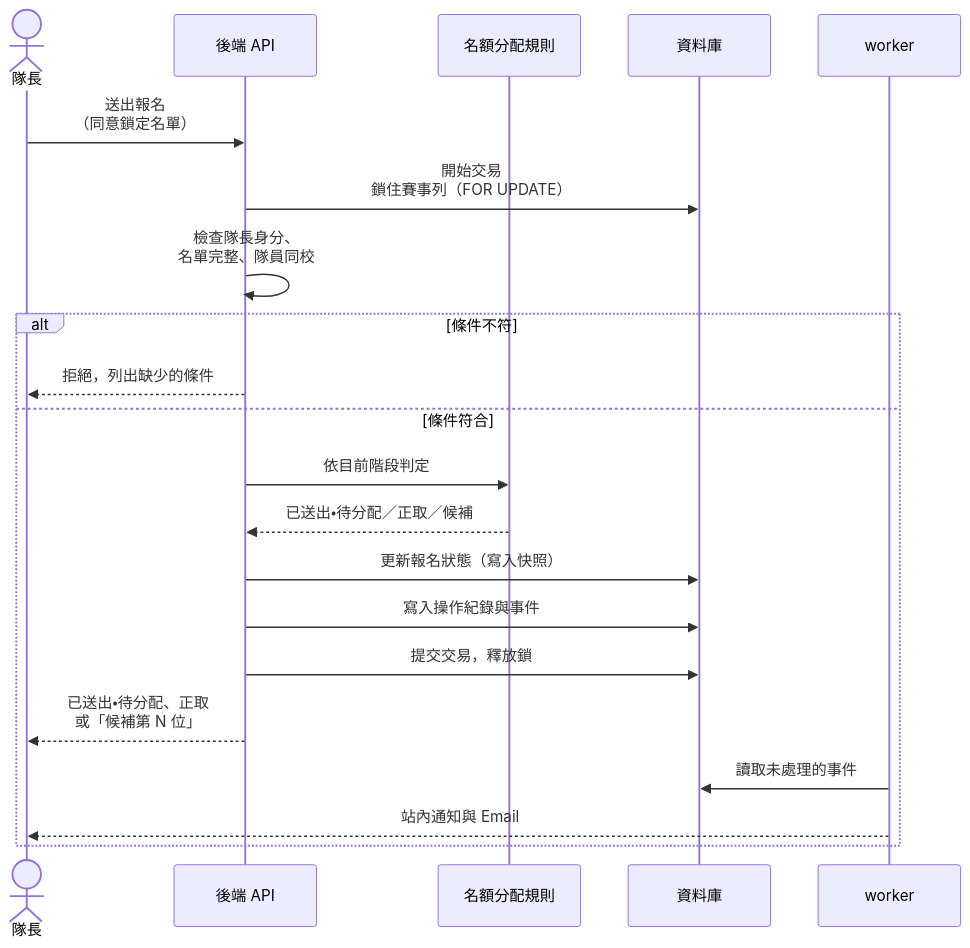
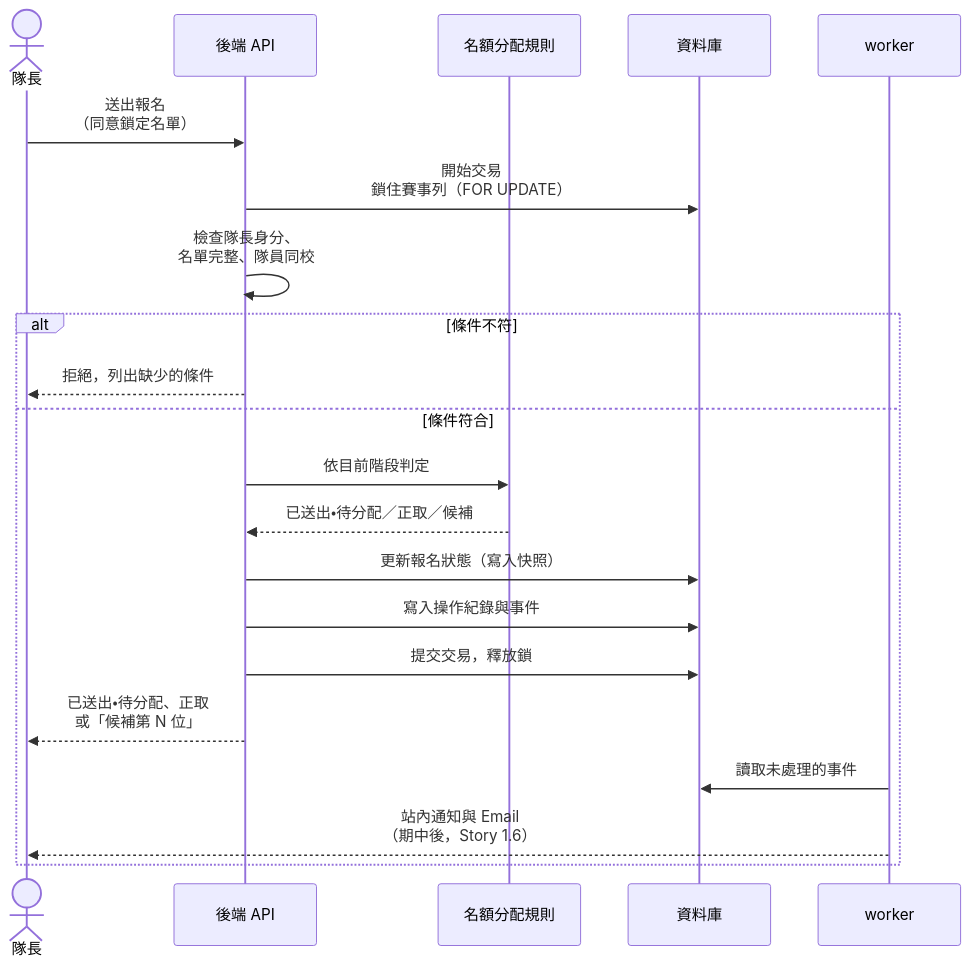
One commit to Team14good/esport-platform changed diagram 17 of 19 in docs/midterm/B-軟體需求分析文件.md. Above: the diagram before and after it, drawn with Mermaid. The commit also changed other lines of this file and 12 other files, not shown here.

````diff
--- a/docs/midterm/B-軟體需求分析文件.md
+++ b/docs/midterm/B-軟體需求分析文件.md
@@ -1351,23 +1354,23 @@
 ```mermaid
 sequenceDiagram
   actor Cap as 隊長
   participant API as 後端 API
   participant AP as 名額分配規則
   participant DB as 資料庫
   participant W as worker
   Cap->>API: 送出報名<br/>（同意鎖定名單）
   API->>DB: 開始交易<br/>鎖住賽事列（FOR UPDATE）
   API->>API: 檢查隊長身分、<br/>名單完整、隊員同校
   alt 條件不符
     API-->>Cap: 拒絕，列出缺少的條件
   else 條件符合
     API->>AP: 依目前階段判定
     AP-->>API: 已送出・待分配／正取／候補
     API->>DB: 更新報名狀態（寫入快照）
     API->>DB: 寫入操作紀錄與事件
     API->>DB: 提交交易，釋放鎖
     API-->>Cap: 已送出・待分配、正取<br/>或「候補第 N 位」
     W->>DB: 讀取未處理的事件
-    W-->>Cap: 站內通知與 Email
+    W-->>Cap: 站內通知與 Email<br/>（期中後，Story 1.6）
   end
 ```
````
